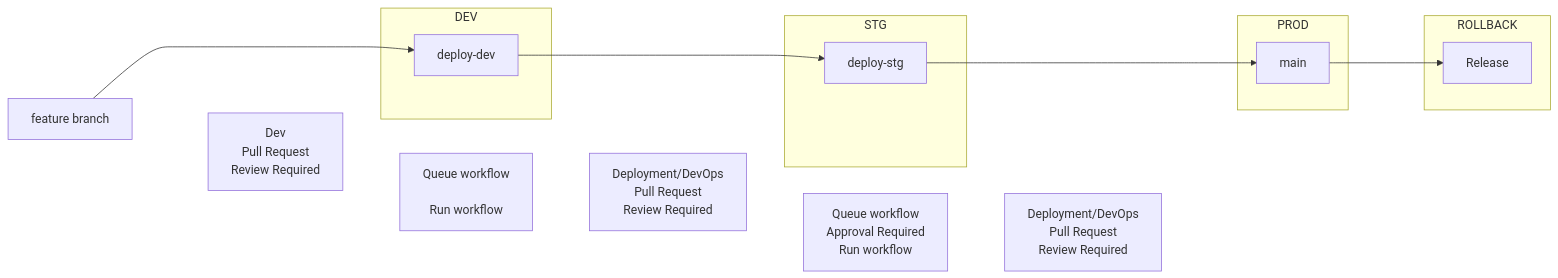
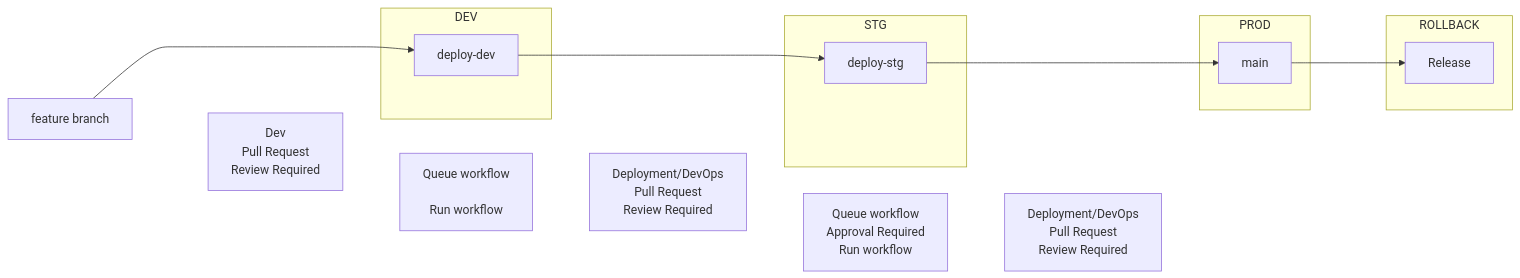
One commit to fritzramos-gf/Workflows changed the diagram in Gates-Workflow.md. Above: the diagram before and after it, drawn with Mermaid.

````diff
--- a/Gates-Workflow.md
+++ b/Gates-Workflow.md
@@ -1,38 +1,38 @@
 ```mermaid
 flowchart LR
     A[feature branch] ----> B
     A ~~~ C["Dev\nPull Request\nReview Required"]
     C ~~~ B
     subgraph DEV
         B[deploy-dev]
     end
      C ~~~ G["Queue workflow
         \nRun workflow"]
 
     B ---> D
     G ~~~ H["Deployment/DevOps\nPull Request\nReview Required"]
     H ~~~ D
     subgraph STG
         D[deploy-stg]
     end
-    D ----> E
+    D ---> E
     H ~~~ I["Queue workflow\nApproval Required\nRun workflow"]
     subgraph PROD
         E[main]
     end
     E ---> F
     I ~~~ J["Deployment/DevOps\nPull Request\nReview Required"] 
     subgraph ROLLBACK
         F[Release]
     end
 
 
 
 
 
 
 
 
 
 
 ```
````
